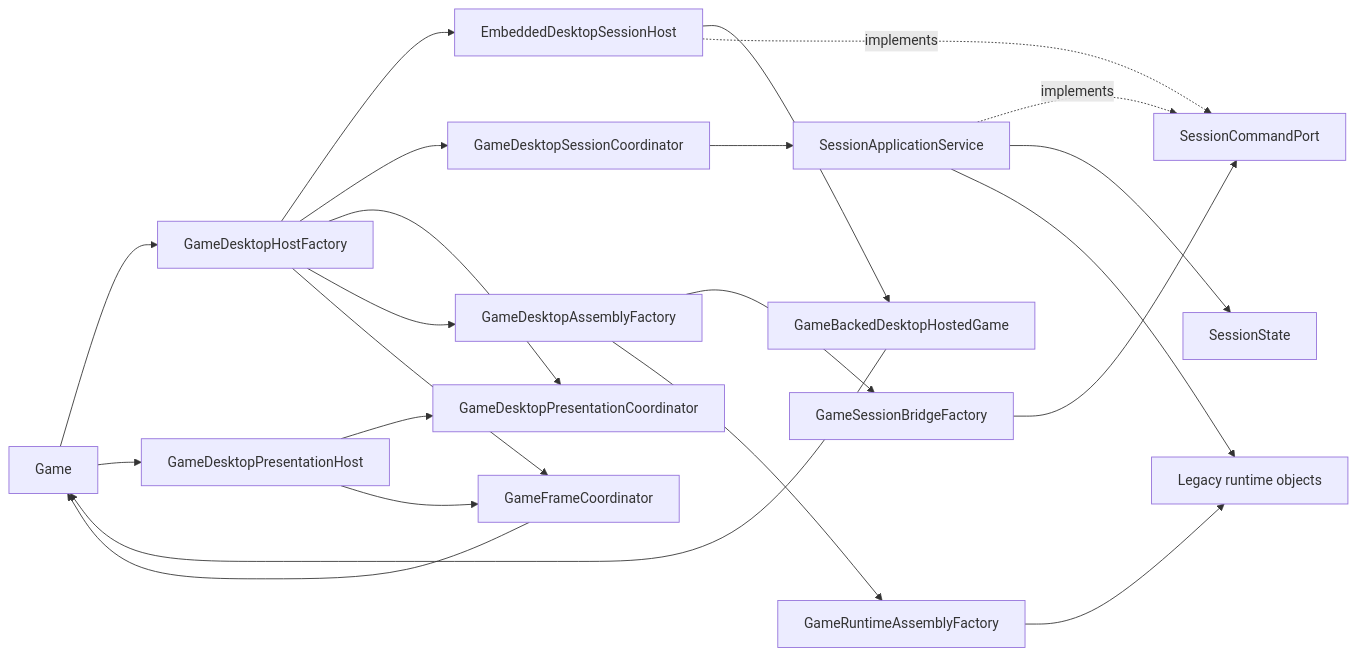
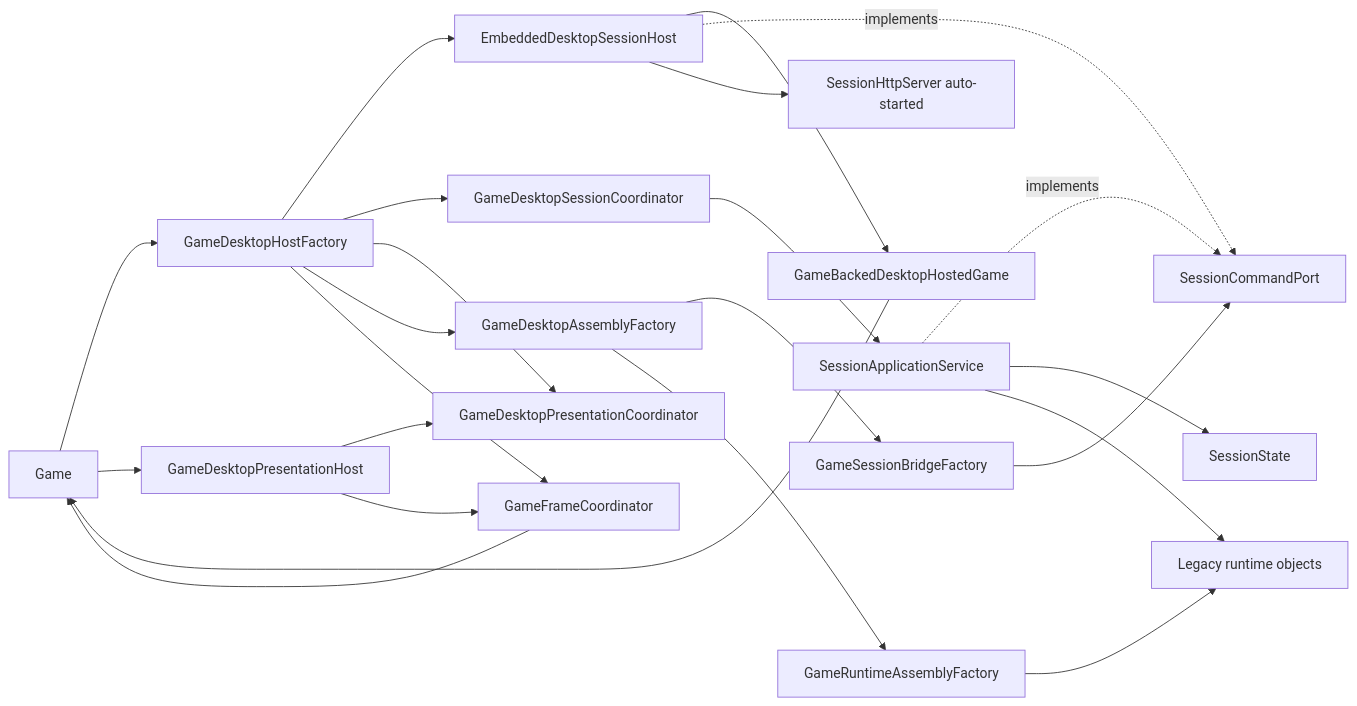
The third of 7 diagrams in docs/architecture-overview-diagrams.md (Jukkakot/MonopolyApp), drawn with Mermaid before and after one commit. The commit also changed other lines of this file and 1 other file, not shown here.

First line of the commit message:
Update docs and TODO after HTTP-backed remote session mode implementation

````diff
--- a/docs/architecture-overview-diagrams.md
+++ b/docs/architecture-overview-diagrams.md
@@ -251,40 +254,42 @@
 ```mermaid
 flowchart LR
     GAME[Game]
     HOSTEDADAPTER[GameBackedDesktopHostedGame]
     HOSTFACTORY[GameDesktopHostFactory]
     EMBHOST[EmbeddedDesktopSessionHost]
     SHELLSESSION[GameDesktopSessionCoordinator]
     SHELLPRESENT[GameDesktopPresentationCoordinator]
     ASSEMBLY[GameDesktopAssemblyFactory]
     PRESENTATION[GameDesktopPresentationHost]
     SESSIONBRIDGE[GameSessionBridgeFactory]
     RUNTIME[GameRuntimeAssemblyFactory]
     FRAME[GameFrameCoordinator]
     APP[SessionApplicationService]
     CMDPORT[SessionCommandPort]
     STATE[SessionState]
     LEGACY[Legacy runtime objects]
+    HTTPSRV[SessionHttpServer auto-started]
 
     GAME --> HOSTFACTORY
     HOSTFACTORY --> EMBHOST
     EMBHOST --> HOSTEDADAPTER
     HOSTEDADAPTER --> GAME
     EMBHOST -.->|implements| CMDPORT
     APP -.->|implements| CMDPORT
     HOSTFACTORY --> SHELLSESSION
     HOSTFACTORY --> SHELLPRESENT
     HOSTFACTORY --> ASSEMBLY
     GAME --> PRESENTATION
     PRESENTATION --> SHELLPRESENT
     PRESENTATION --> FRAME
     ASSEMBLY --> SESSIONBRIDGE
     ASSEMBLY --> RUNTIME
     HOSTFACTORY --> FRAME
     SESSIONBRIDGE --> CMDPORT
     SHELLSESSION --> APP
     APP --> STATE
     RUNTIME --> LEGACY
     APP --> LEGACY
     FRAME --> GAME
+    EMBHOST --> HTTPSRV
 ```
````
